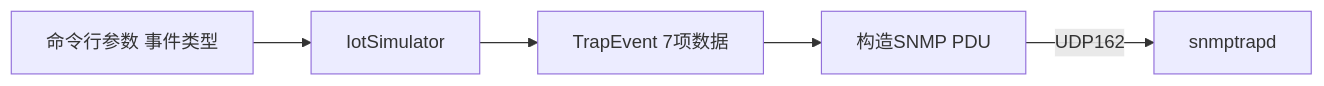
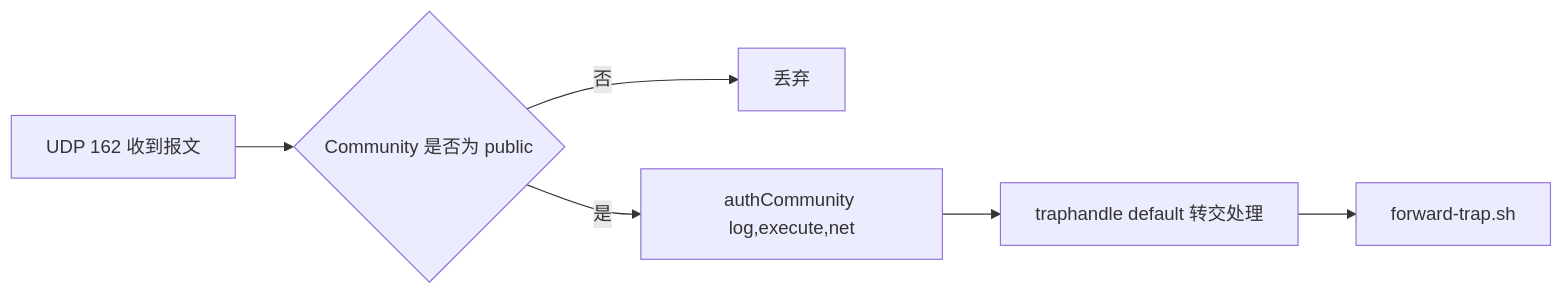
The diagram in slides/snmp-trap-demo-course/05.md (seki999/DialogueFlow_GitHub_OnLine), drawn with Mermaid before and after one commit. The commit also changed other lines of this file and 56 other files, not shown here.

````diff
--- a/slides/snmp-trap-demo-course/05.md
+++ b/slides/snmp-trap-demo-course/05.md
@@ -5,7 +5,8 @@
 ```mermaid
 flowchart LR
-    Arg[命令行参数 事件类型] --> Sim[IotSimulator]
-    Sim --> Event[TrapEvent 7项数据]
-    Event --> PDU[构造SNMP PDU]
-    PDU -->|UDP162| Trapd[snmptrapd]
+    In[UDP 162 收到报文] --> Chk{Community 是否为 public}
+    Chk -- 否 --> Drop[丢弃]
+    Chk -- 是 --> Auth[authCommunity log,execute,net]
+    Auth --> Handle[traphandle default 转交处理]
+    Handle --> Script[forward-trap.sh]
 ```
````
